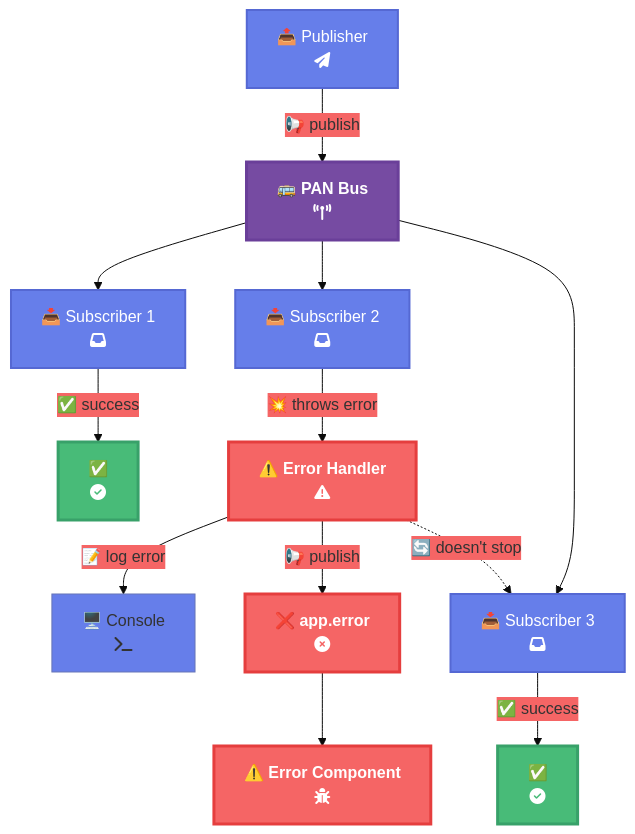
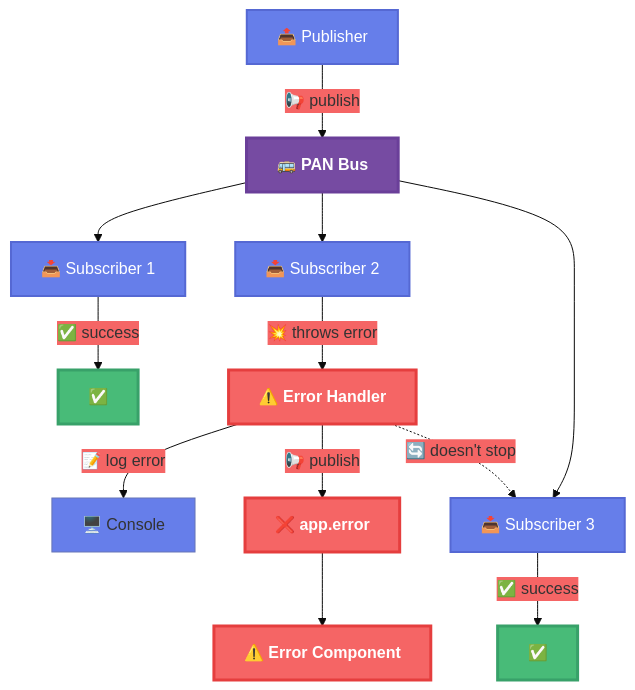
The tenth of 10 diagrams in docs/books/learning-larc/diagrams/05-pan-bus.md (larcjs/larc), drawn with Mermaid before and after one commit. The commit also changed other lines of this file and 1 other file, not shown here.

First line of the commit message:
fix: remove FontAwesome icon references from diagrams

````diff
--- a/docs/books/learning-larc/diagrams/05-pan-bus.md
+++ b/docs/books/learning-larc/diagrams/05-pan-bus.md
@@ -378,33 +378,33 @@
 ```mermaid
 %%{init: {'theme':'base', 'themeVariables': { 'primaryColor':'#667eea','secondaryColor':'#f56565','tertiaryColor':'#48bb78'}}}%%
 graph TB
-    Publisher["📤 Publisher<br/>fa:fa-paper-plane"]
-    PAN["🚌 PAN Bus<br/>fa:fa-broadcast-tower"]
+    Publisher["📤 Publisher"]
+    PAN["🚌 PAN Bus"]
 
     Publisher -->|📢 publish| PAN
 
-    PAN --> S1["📥 Subscriber 1<br/>fa:fa-inbox"]
-    PAN --> S2["📥 Subscriber 2<br/>fa:fa-inbox"]
-    PAN --> S3["📥 Subscriber 3<br/>fa:fa-inbox"]
+    PAN --> S1["📥 Subscriber 1"]
+    PAN --> S2["📥 Subscriber 2"]
+    PAN --> S3["📥 Subscriber 3"]
 
-    S1 -->|✅ success| End1["✅<br/>fa:fa-check-circle"]
-    S2 -->|💥 throws error| Error["⚠️ Error Handler<br/>fa:fa-exclamation-triangle"]
-    S3 -->|✅ success| End3["✅<br/>fa:fa-check-circle"]
+    S1 -->|✅ success| End1["✅"]
+    S2 -->|💥 throws error| Error["⚠️ Error Handler"]
+    S3 -->|✅ success| End3["✅"]
 
-    Error -->|📝 log error| Console["🖥️ Console<br/>fa:fa-terminal"]
-    Error -->|📢 publish| ErrorTopic["❌ app.error<br/>fa:fa-times-circle"]
+    Error -->|📝 log error| Console["🖥️ Console"]
+    Error -->|📢 publish| ErrorTopic["❌ app.error"]
 
-    ErrorTopic --> ErrorHandler["⚠️ Error Component<br/>fa:fa-bug"]
+    ErrorTopic --> ErrorHandler["⚠️ Error Component"]
 
     Error -.🔄 doesn't stop.-> S3
 
     classDef success fill:#48bb78,stroke:#38a169,stroke-width:3px,color:#fff,font-weight:bold
     classDef error fill:#f56565,stroke:#e53e3e,stroke-width:3px,color:#fff,font-weight:bold
     classDef pan fill:#764ba2,stroke:#6a3f99,stroke-width:3px,color:#fff,font-weight:bold
     classDef neutral fill:#667eea,stroke:#5568d3,stroke-width:2px,color:#fff
 
     class End1,End3 success
     class Error,ErrorTopic,ErrorHandler error
     class PAN pan
     class Publisher,S1,S2,S3 neutral
 ```
````
